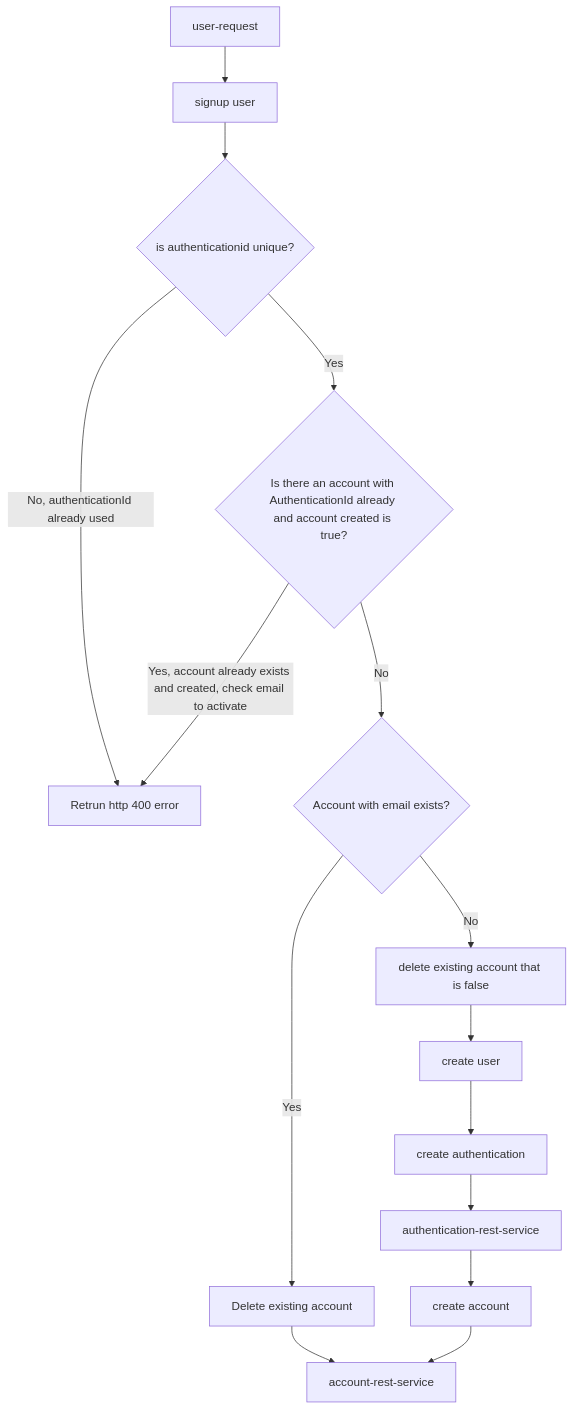
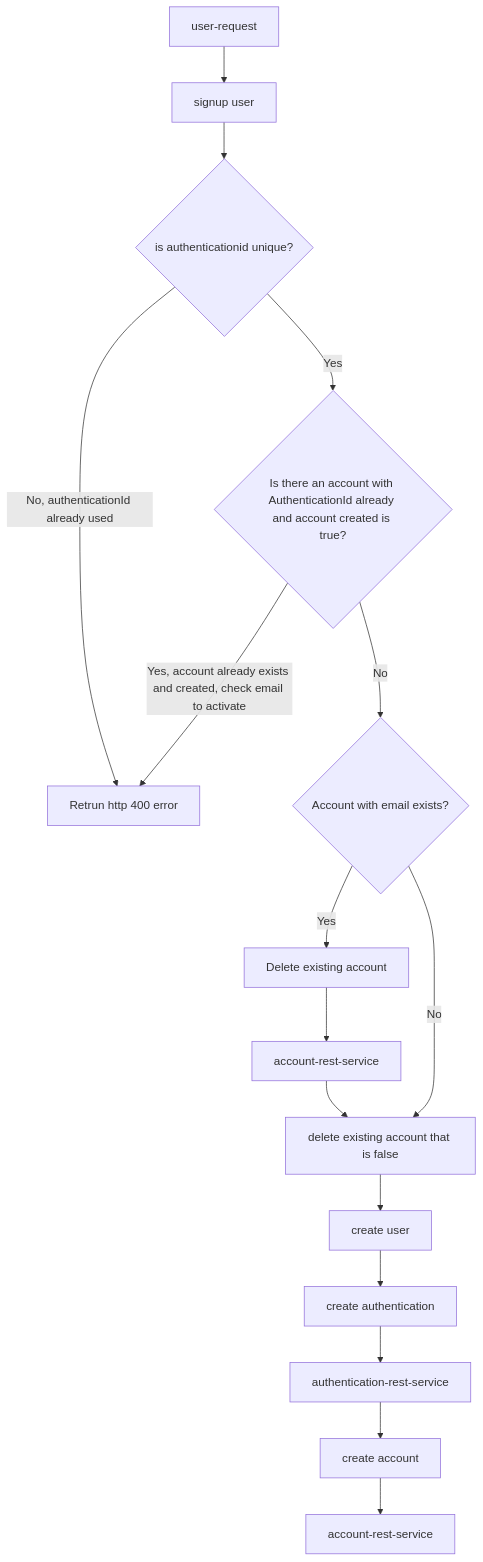
One commit to sonamsamdupkhangsar/user-rest-service changed the third of 3 diagrams in README.md. Above: the diagram before and after it, drawn with Mermaid.

Commit message:
add flowchart

````diff
--- a/README.md
+++ b/README.md
@@ -97,17 +97,18 @@
 ```mermaid
 flowchart TD
   User[user-request] --> user-rest-service[signup user]
   user-rest-service --> isAuthenticationIdUnique{is authenticationid unique?}
   isAuthenticationIdUnique -->|No, authenticationId already used| returnError[Retrun http 400 error]
   isAuthenticationIdUnique -->|Yes| accountExistsByAuthenticationIdAndTrue{Is there an account with AuthenticationId already and account created is true?}
   accountExistsByAuthenticationIdAndTrue -->|Yes, account already exists and created, check email to activate| returnError
   accountExistsByAuthenticationIdAndTrue -->|No| accountWithEmailExists{Account with email exists?}
   accountWithEmailExists -->|Yes| deleteAccount[Delete existing account]
-  deleteAccount --> account-rest-service
+  deleteAccount --> deleteExistingAccount[account-rest-service]
+  deleteExistingAccount -->  deleteByAuthenticationIdAndActiveFalse
   accountWithEmailExists -->|No| deleteByAuthenticationIdAndActiveFalse[delete existing account that is false]
   deleteByAuthenticationIdAndActiveFalse --> saveUser[create user]
   saveUser --> createAuthentication[create authentication]
   createAuthentication --> authentication-rest-service
   authentication-rest-service --> createAccount[create account]
   createAccount --> account-rest-service
 ```
````
